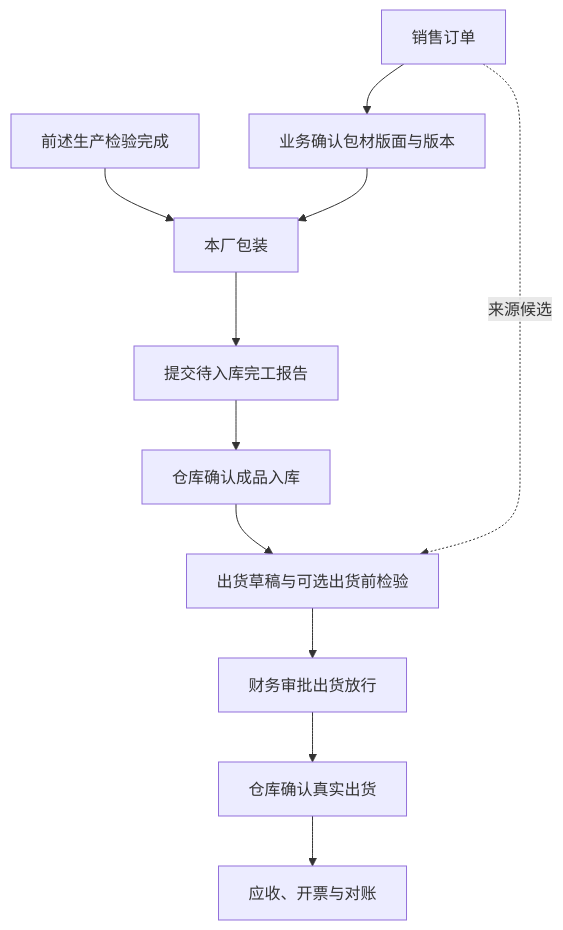
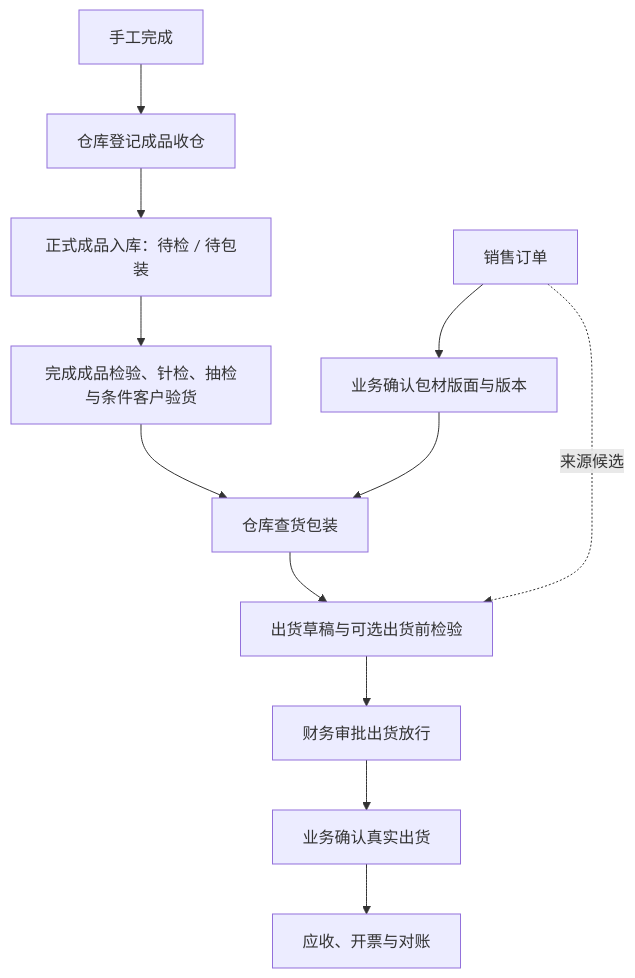
Before and after one commit to saurick/plush-toy-erp: the fourth of 4 diagrams in docs/workflow/业务与协同流程地图.md, drawn with Mermaid. The commit also changed other lines of this file and 408 other files, not shown here.

````diff
--- a/docs/workflow/业务与协同流程地图.md
+++ b/docs/workflow/业务与协同流程地图.md
@@ -77,13 +77,14 @@
 ```mermaid
 flowchart TD
-  quality["前述生产检验完成"] --> packaging["本厂包装"]
+  handwork["手工完成"] --> completion["仓库登记成品收仓"]
+  completion --> finished["正式成品入库：待检 / 待包装"]
+  finished --> quality["完成成品检验、针检、抽检与条件客户验货"]
+  quality --> packaging["仓库查货包装"]
   sales["销售订单"] --> approval["业务确认包材版面与版本"]
   approval --> packaging
-  packaging --> completion["提交待入库完工报告"]
-  completion --> finished["仓库确认成品入库"]
-  finished --> draft["出货草稿与可选出货前检验"]
+  packaging --> draft["出货草稿与可选出货前检验"]
   sales -. "来源候选" .-> draft
   draft --> finance["财务审批出货放行"]
-  finance --> shipment["仓库确认真实出货"]
+  finance --> shipment["业务确认真实出货"]
   shipment --> receivable["应收、开票与对账"]
 ```
````
